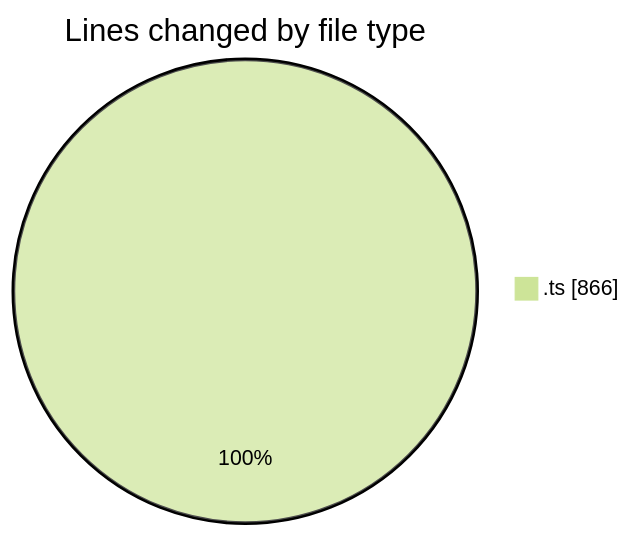
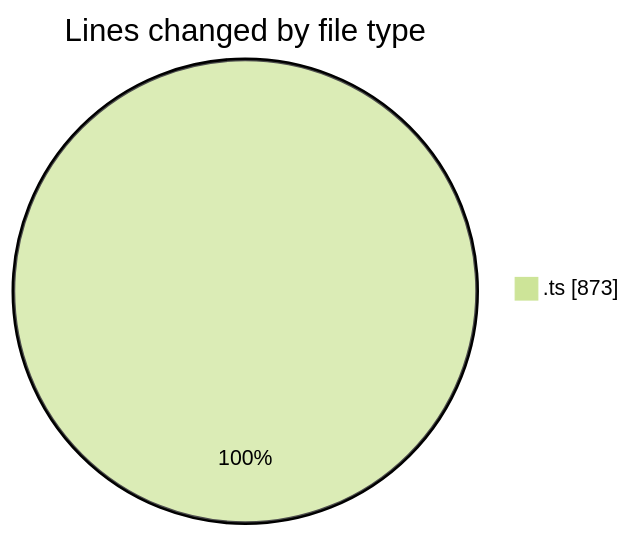
One commit to momahboobian/code-tracking changed the first of 2 diagrams in 2025-08-07/cda/README.md. Above: the diagram before and after it, drawn with Mermaid (forest theme). The commit also changed other lines of this file and 1 other file, not shown here.

````diff
--- a/2025-08-07/cda/README.md
+++ b/2025-08-07/cda/README.md
@@ -21,5 +21,5 @@
 ```mermaid
 pie showData
 title Lines changed by file type
-".ts" : 866
+".ts" : 873
 ```
````
